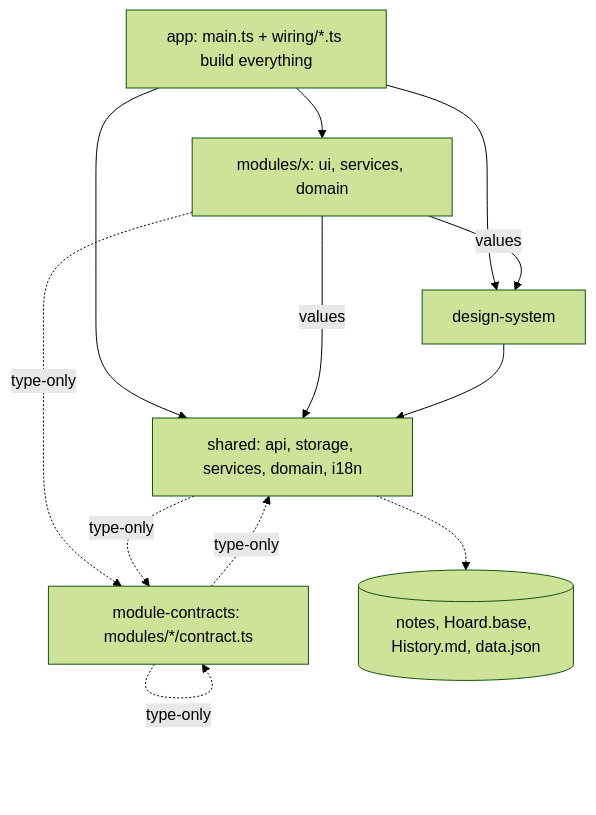
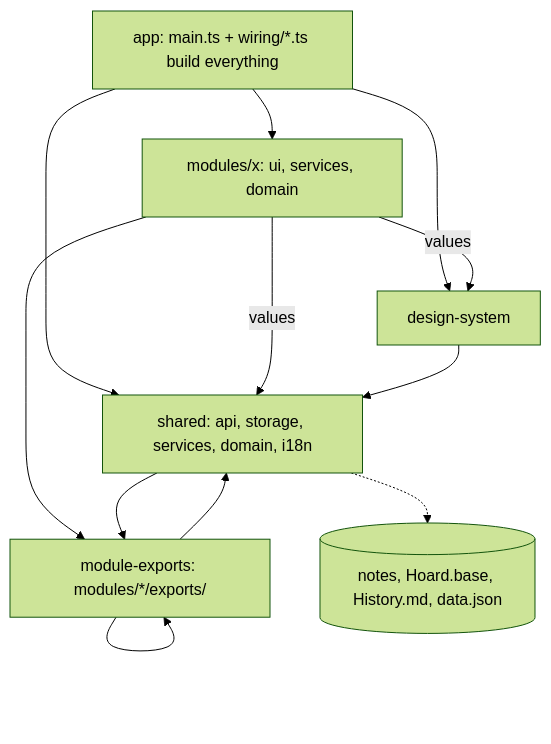
The diagram in docs/architecture/overview.md (Macavity/obsidian-hoard), drawn with Mermaid (forest theme) before and after one commit. The commit also changed other lines of this file and 30 other files, not shown here.

Commit message:
docs(wiki): refresh for module exports folders

````diff
--- a/docs/architecture/overview.md
+++ b/docs/architecture/overview.md
@@ -31,14 +36,14 @@
 ```mermaid
 flowchart TD
   app[app: main.ts + wiring/*.ts build everything] --> mod
   app --> ds
   app --> sh
   mod["modules/x: ui, services, domain"] -->|values| ds[design-system]
   mod -->|values| sh["shared: api, storage, services, domain, i18n"]
   ds --> sh
-  mod -. "type-only" .-> con["module-contracts: modules/*/contract.ts"]
-  sh -. "type-only" .-> con
-  con -. "type-only" .-> sh
-  con -. "type-only" .-> con
+  mod --> ex["module-exports: modules/*/exports/"]
+  sh --> ex
+  ex --> sh
+  ex --> ex
   sh -.-> Vault[(notes, Hoard.base, History.md, data.json)]
 ```
````
